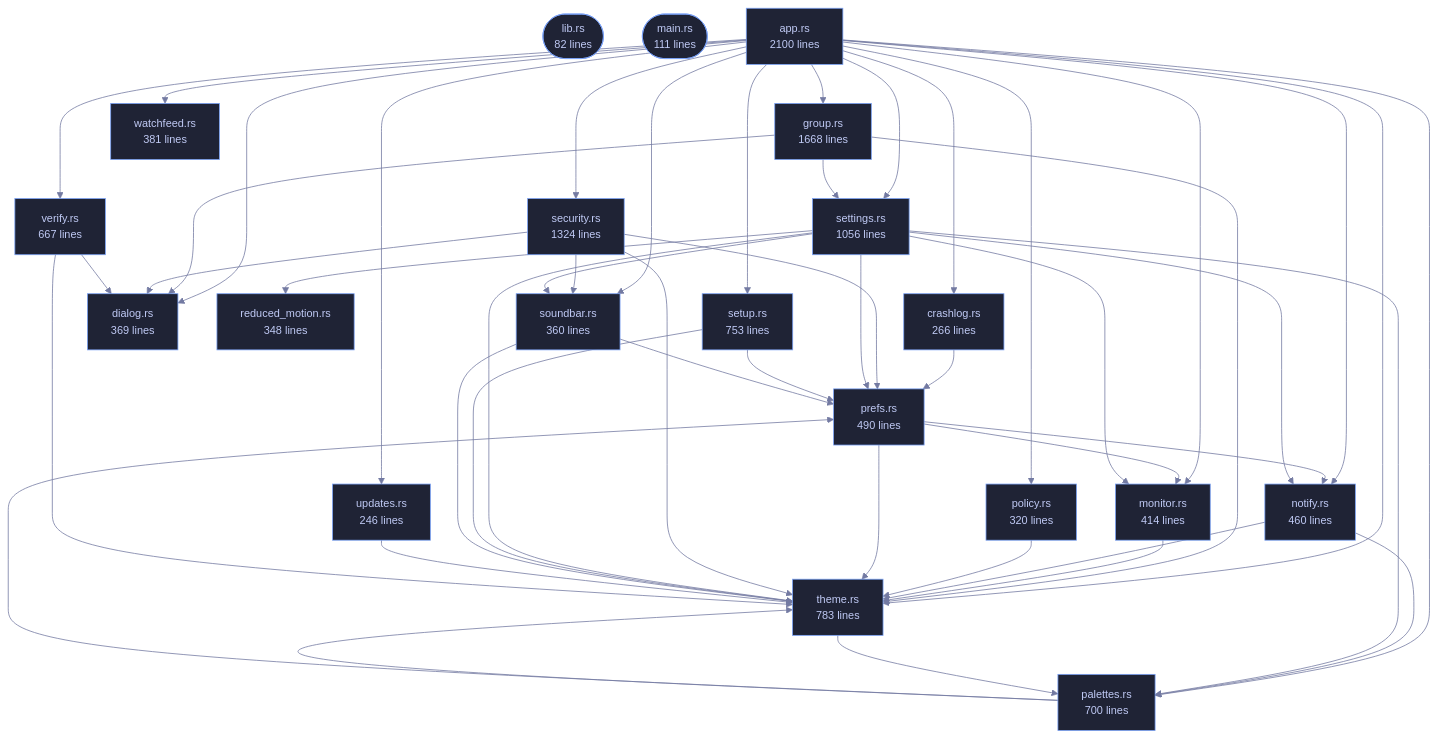
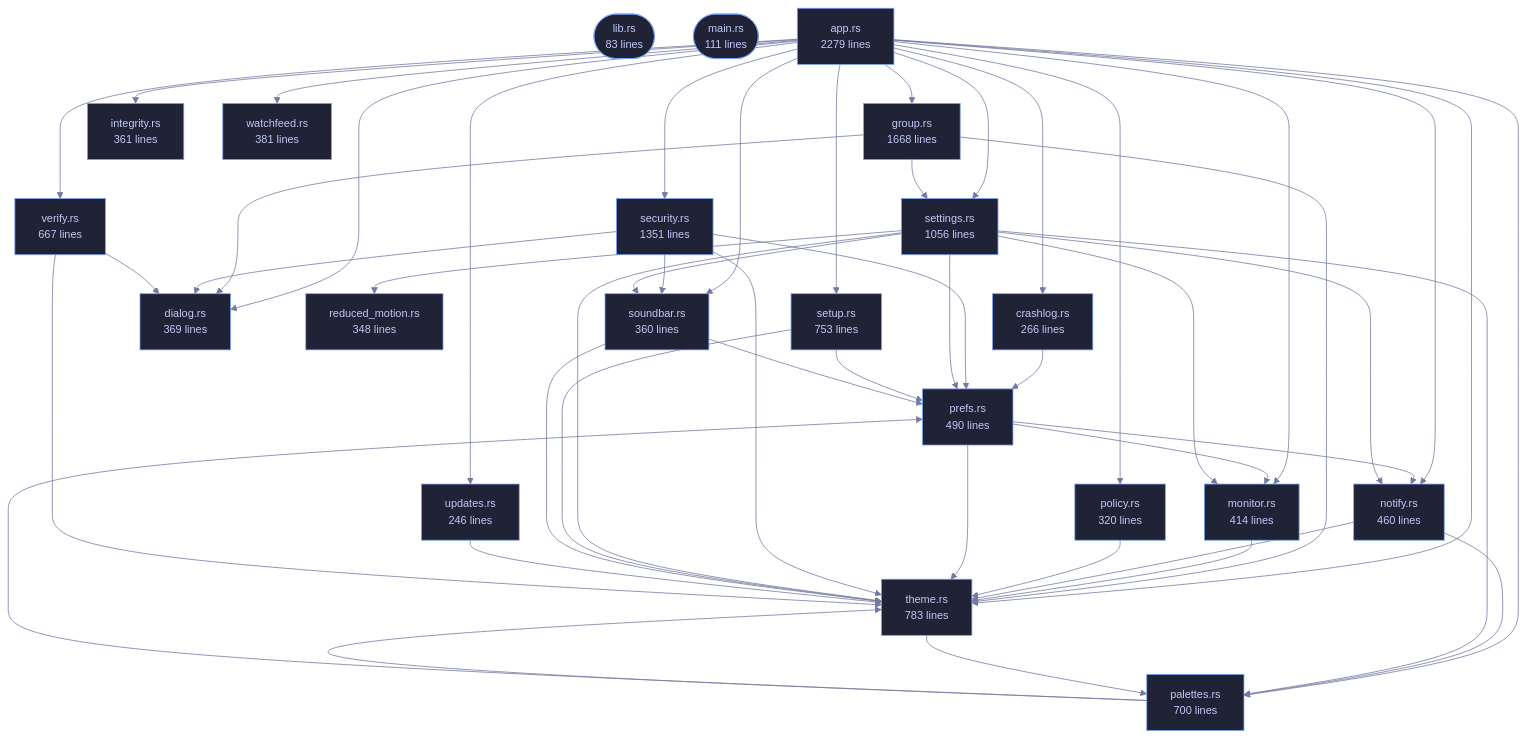
Before and after one commit to tilas01/veilvoice: the diagram in wiki/Crate-veilvoice-gui.md, drawn with Mermaid. The commit also changed other lines of this file and 44 other files, not shown here.

````diff
--- a/wiki/Crate-veilvoice-gui.md
+++ b/wiki/Crate-veilvoice-gui.md
@@ -81,19 +81,20 @@
 ```mermaid
 %%{init: {"theme":"base","themeVariables":{"background":"#1a1b26","primaryColor":"#1f2335","primaryTextColor":"#c0caf5","primaryBorderColor":"#7aa2f7","secondaryColor":"#16161e","tertiaryColor":"#16161e","lineColor":"#737aa2","textColor":"#c0caf5","mainBkg":"#1f2335","nodeBorder":"#7aa2f7","clusterBkg":"#16161e","clusterBorder":"#2f3549","fontFamily":"ui-monospace, SFMono-Regular, Consolas, monospace","fontSize":"14px"}}}%%
 flowchart TD
-    n_lib(["lib.rs<br/>82 lines"])
+    n_lib(["lib.rs<br/>83 lines"])
     n_main(["main.rs<br/>111 lines"])
-    n_app["app.rs<br/>2100 lines"]
+    n_app["app.rs<br/>2279 lines"]
     n_crashlog["crashlog.rs<br/>266 lines"]
     n_dialog["dialog.rs<br/>369 lines"]
     n_group["group.rs<br/>1668 lines"]
+    n_integrity["integrity.rs<br/>361 lines"]
     n_monitor["monitor.rs<br/>414 lines"]
     n_notify["notify.rs<br/>460 lines"]
     n_palettes["palettes.rs<br/>700 lines"]
     n_policy["policy.rs<br/>320 lines"]
     n_prefs["prefs.rs<br/>490 lines"]
     n_reduced_motion["reduced_motion.rs<br/>348 lines"]
-    n_security["security.rs<br/>1324 lines"]
+    n_security["security.rs<br/>1351 lines"]
     n_settings["settings.rs<br/>1056 lines"]
     n_setup["setup.rs<br/>753 lines"]
     n_soundbar["soundbar.rs<br/>360 lines"]
@@ -104,6 +105,7 @@
     n_app --> n_crashlog
     n_app --> n_dialog
     n_app --> n_group
+    n_app --> n_integrity
     n_app --> n_monitor
     n_app --> n_notify
     n_app --> n_palettes
@@ -154,6 +156,7 @@
     click n_crashlog href "https://github.com/tilas01/veilvoice/blob/main/crates/veilvoice-gui/src/crashlog.rs" "open the source"
     click n_dialog href "https://github.com/tilas01/veilvoice/blob/main/crates/veilvoice-gui/src/dialog.rs" "open the source"
     click n_group href "https://github.com/tilas01/veilvoice/blob/main/crates/veilvoice-gui/src/group.rs" "open the source"
+    click n_integrity href "https://github.com/tilas01/veilvoice/blob/main/crates/veilvoice-gui/src/integrity.rs" "open the source"
     click n_monitor href "https://github.com/tilas01/veilvoice/blob/main/crates/veilvoice-gui/src/monitor.rs" "open the source"
     click n_notify href "https://github.com/tilas01/veilvoice/blob/main/crates/veilvoice-gui/src/notify.rs" "open the source"
     click n_palettes href "https://github.com/tilas01/veilvoice/blob/main/crates/veilvoice-gui/src/palettes.rs" "open the source"
````
